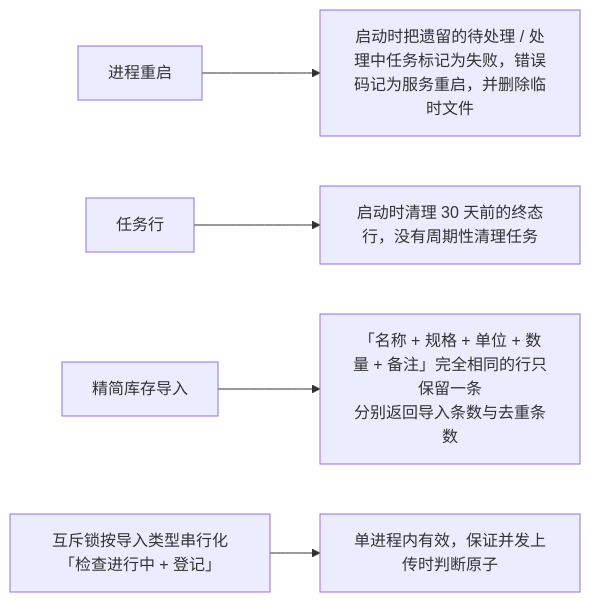
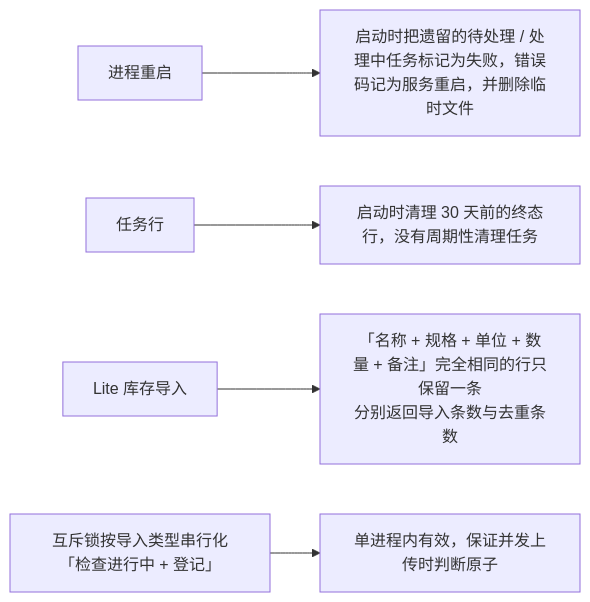
One commit to Sakana-1314/Electrical-Manager changed diagram 16 of 29 in docs/websites/pages/dev-flows.md. Above: the diagram before and after it, drawn with Mermaid. The commit also changed 47 other files, not shown here.

````diff
--- a/docs/websites/pages/dev-flows.md
+++ b/docs/websites/pages/dev-flows.md
@@ -259,7 +259,7 @@
 ```mermaid
 flowchart LR
     A["进程重启"] --> B["启动时把遗留的待处理 / 处理中任务标记为失败，错误码记为服务重启，并删除临时文件"]
     C["任务行"] --> D["启动时清理 30 天前的终态行，没有周期性清理任务"]
-    E["精简库存导入"] --> F["「名称 + 规格 + 单位 + 数量 + 备注」完全相同的行只保留一条<br/>分别返回导入条数与去重条数"]
+    E["Lite 库存导入"] --> F["「名称 + 规格 + 单位 + 数量 + 备注」完全相同的行只保留一条<br/>分别返回导入条数与去重条数"]
     G["互斥锁按导入类型串行化「检查进行中 + 登记」"] --> H["单进程内有效，保证并发上传时判断原子"]
 ```
````
